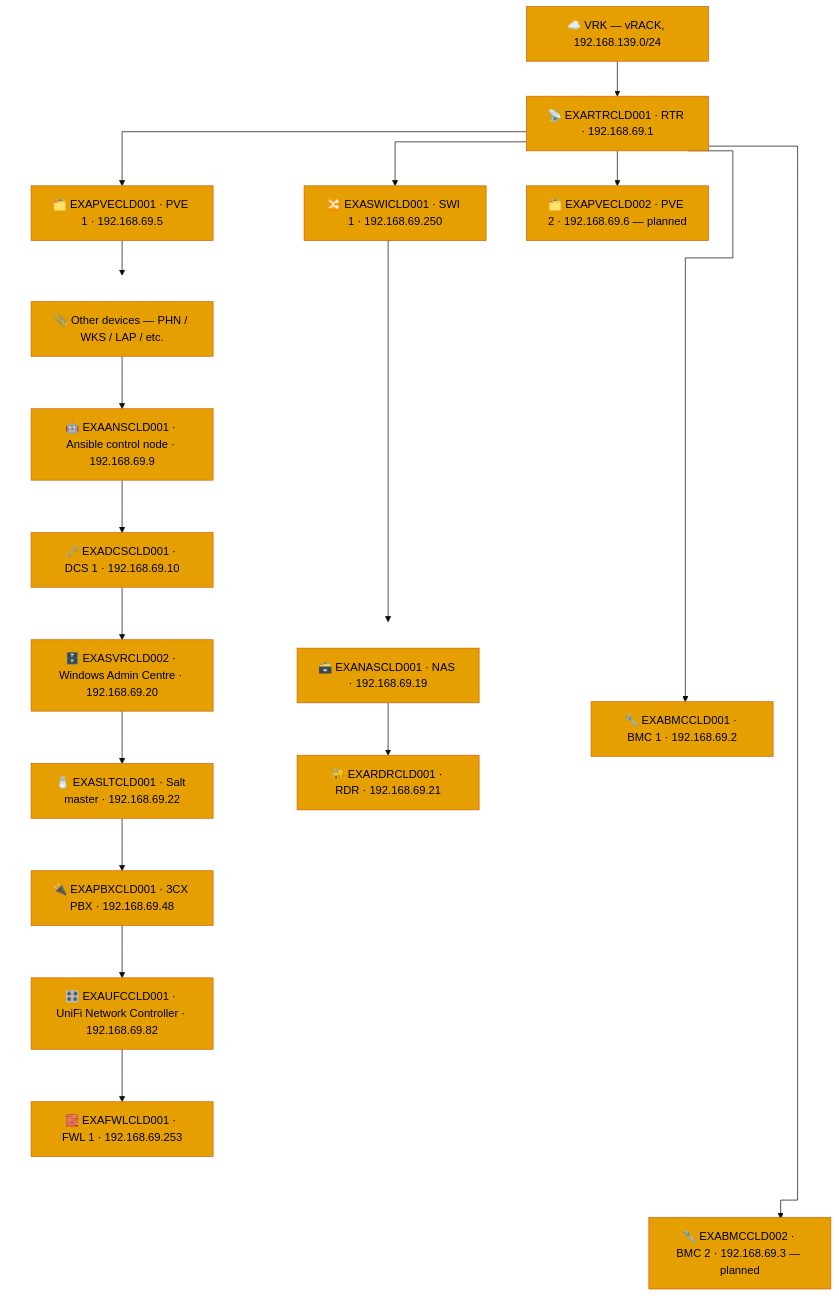
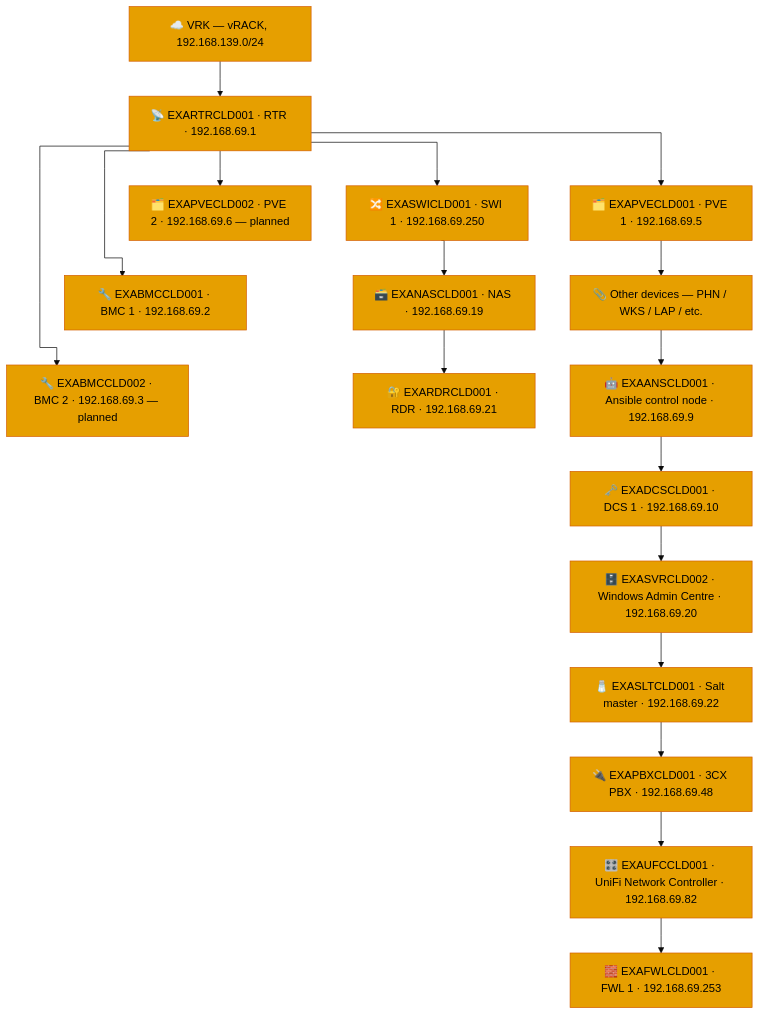
The second of 2 diagrams in docs/network-diagram/cld.md (knightmare2600/example_music_infra), drawn with Mermaid (base theme) before and after one commit.

Commit message:
docs/network-diagram/cld.md: remove subgraph wrappers causing disconnected-looking edges
Robert: the SWI->NAS line looked unconnected. The SWI_DEVICES/
PVE1_VMS subgraph wrappers (added purely for visual grouping, no
longer needed now the chained-edge trick handles alignment) were
interfering with edge rendering at the subgraph boundary. Removed
both -- edge geometry now matches every other edge in the diagram.

````diff
--- a/docs/network-diagram/cld.md
+++ b/docs/network-diagram/cld.md
@@ -57,70 +57,52 @@
 ```mermaid
 %%{init: {'flowchart': {'curve': 'stepAfter'}}}%%
 graph TD
     T_VRK["☁️ VRK — vRACK, 192.168.139.0/24"]
     T_RTR["📡 EXARTRCLD001 · RTR · 192.168.69.1"]
     T_SWI["🔀 EXASWICLD001 · SWI 1 · 192.168.69.250"]
     T_BMC1["🔧 EXABMCCLD001 · BMC 1 · 192.168.69.2"]
     T_BMC2["🔧 EXABMCCLD002 · BMC 2 · 192.168.69.3 — planned"]
     T_PVE1["🗂️ EXAPVECLD001 · PVE 1 · 192.168.69.5"]
     T_PVE2["🗂️ EXAPVECLD002 · PVE 2 · 192.168.69.6 — planned"]
     T_NAS["🗃️ EXANASCLD001 · NAS · 192.168.69.19"]
     T_RDR["🔐 EXARDRCLD001 · RDR · 192.168.69.21"]
     T_OTHER["📎 Other devices — PHN / WKS / LAP / etc."]
     T_ANS["🤖 EXAANSCLD001 · Ansible control node · 192.168.69.9"]
     T_DCS["🗝️ EXADCSCLD001 · DCS 1 · 192.168.69.10"]
     T_SVR["🗄️ EXASVRCLD002 · Windows Admin Centre · 192.168.69.20"]
     T_SLT["🧂 EXASLTCLD001 · Salt master · 192.168.69.22"]
     T_PBX["🔌 EXAPBXCLD001 · 3CX PBX · 192.168.69.48"]
     T_UFC["🎛️ EXAUFCCLD001 · UniFi Network Controller · 192.168.69.82"]
     T_FWL["🧱 EXAFWLCLD001 · FWL 1 · 192.168.69.253"]
 
     T_VRK --> T_RTR
     T_RTR --> T_SWI
     T_RTR --> T_BMC1
     T_RTR --> T_BMC2
     T_RTR --> T_PVE1
     T_RTR --> T_PVE2
     T_SWI ~~~ T_BMC1
     T_BMC1 ~~~ T_BMC2
 
-    subgraph SWI_DEVICES [" "]
-      direction TB
-      T_NAS
-      T_RDR
-    end
     T_SWI --> T_NAS --> T_RDR
 
-    subgraph PVE1_VMS [" "]
-      direction TB
-      T_OTHER
-      T_ANS
-      T_DCS
-      T_SVR
-      T_SLT
-      T_PBX
-      T_UFC
-      T_FWL
-    end
     T_PVE1 --> T_OTHER --> T_ANS --> T_DCS --> T_SVR --> T_SLT --> T_PBX --> T_UFC --> T_FWL
 
     style T_VRK fill:#E69F00,stroke:#D55E00,color:#000000
     style T_RTR fill:#E69F00,stroke:#D55E00,color:#000000
     style T_SWI fill:#E69F00,stroke:#D55E00,color:#000000
     style T_BMC1 fill:#E69F00,stroke:#D55E00,color:#000000
     style T_BMC2 fill:#E69F00,stroke:#D55E00,color:#000000
     style T_PVE1 fill:#E69F00,stroke:#D55E00,color:#000000
     style T_PVE2 fill:#E69F00,stroke:#D55E00,color:#000000
     style T_NAS fill:#E69F00,stroke:#D55E00,color:#000000
     style T_RDR fill:#E69F00,stroke:#D55E00,color:#000000
     style T_OTHER fill:#E69F00,stroke:#D55E00,color:#000000
     style T_ANS fill:#E69F00,stroke:#D55E00,color:#000000
     style T_DCS fill:#E69F00,stroke:#D55E00,color:#000000
     style T_SVR fill:#E69F00,stroke:#D55E00,color:#000000
     style T_SLT fill:#E69F00,stroke:#D55E00,color:#000000
     style T_PBX fill:#E69F00,stroke:#D55E00,color:#000000
     style T_UFC fill:#E69F00,stroke:#D55E00,color:#000000
     style T_FWL fill:#E69F00,stroke:#D55E00,color:#000000
-    style SWI_DEVICES fill:transparent,stroke:transparent
-    style PVE1_VMS fill:transparent,stroke:transparent
 ```
````
